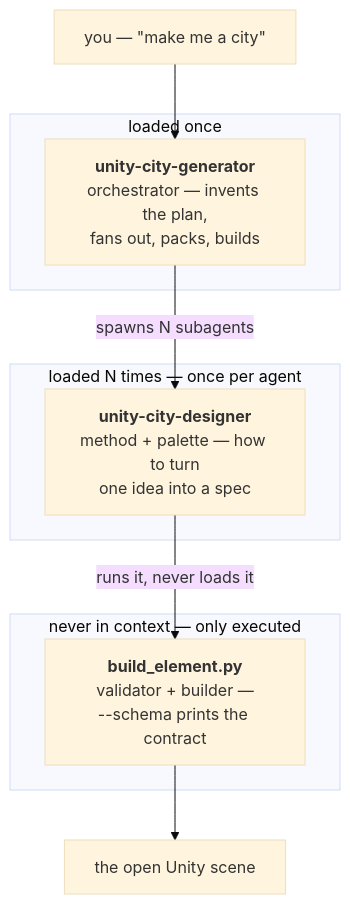
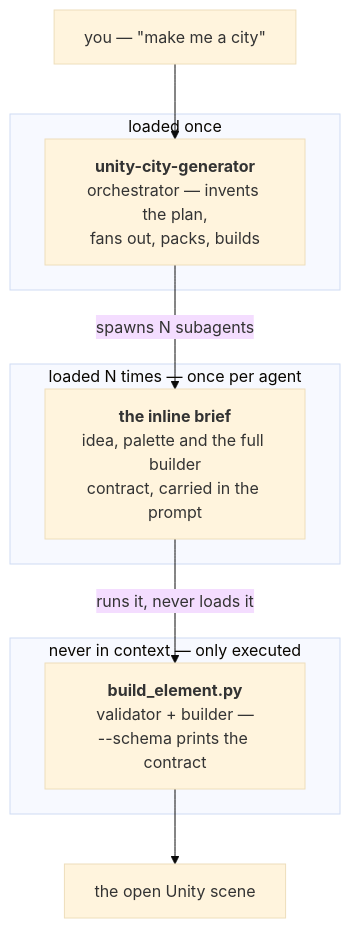
The second of 9 diagrams in README.md (juanvoodoo/SoftwareFactories), drawn with Mermaid (base theme) before and after one commit. The commit also changed other lines of this file, not shown here.

````diff
--- a/README.md
+++ b/README.md
@@ -65,22 +65,22 @@
 ```mermaid
 flowchart TD
     U["you — &quot;make me a city&quot;"] --> G
 
     subgraph L1["loaded once"]
         G["<b>unity-city-generator</b><br/>orchestrator — invents the plan,<br/>fans out, packs, builds"]
     end
 
     G -->|"spawns N subagents"| D
 
     subgraph L2["loaded N times — once per agent"]
-        D["<b>unity-city-designer</b><br/>method + palette — how to turn<br/>one idea into a spec"]
+        D["<b>the inline brief</b><br/>idea, palette and the full builder<br/>contract, carried in the prompt"]
     end
 
     D -->|"runs it, never loads it"| B
 
     subgraph L3["never in context — only executed"]
         B["<b>build_element.py</b><br/>validator + builder —<br/>--schema prints the contract"]
     end
 
     B --> S["the open Unity scene"]
 ```
````
